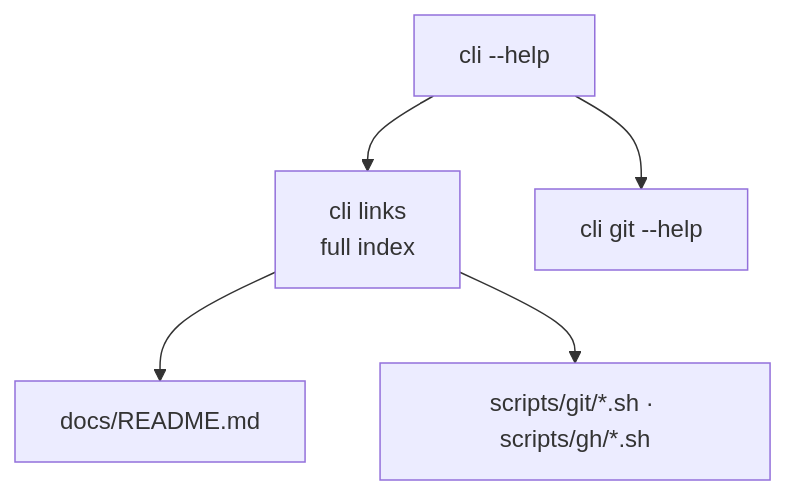
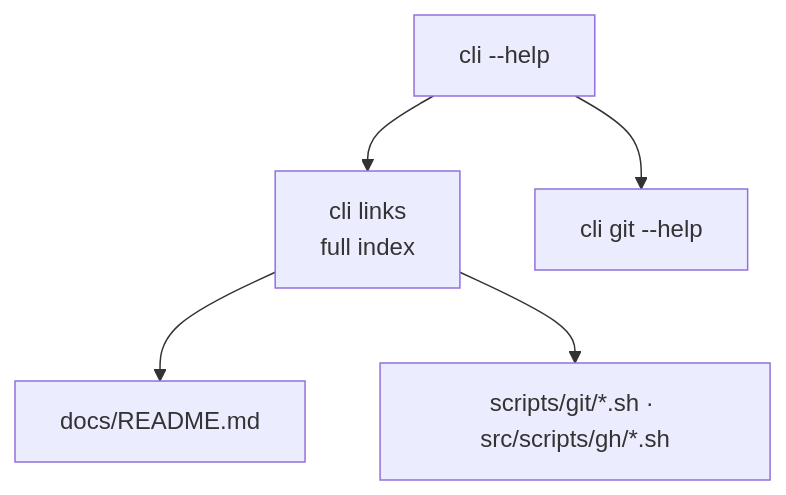
Before and after one commit to gardusig/cli: the seventh of 7 diagrams in docs/workflows.md, drawn with Mermaid. The commit also changed other lines of this file and 241 other files, not shown here.

````diff
--- a/docs/workflows.md
+++ b/docs/workflows.md
@@ -218,7 +218,7 @@
 ```mermaid
 flowchart TD
     A["cli --help"] --> B["cli links<br/>full index"]
     B --> C["docs/README.md"]
-    B --> D["scripts/git/*.sh · scripts/gh/*.sh"]
+    B --> D["scripts/git/*.sh · src/scripts/gh/*.sh"]
     A --> F["cli git --help"]
 ```
````
